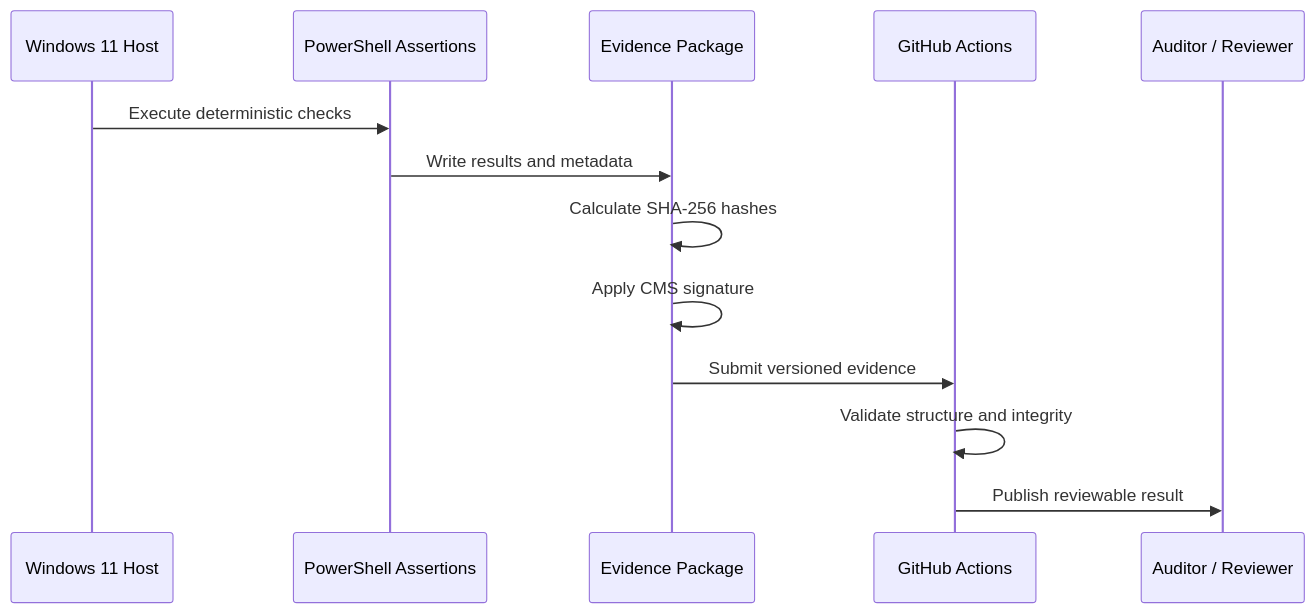
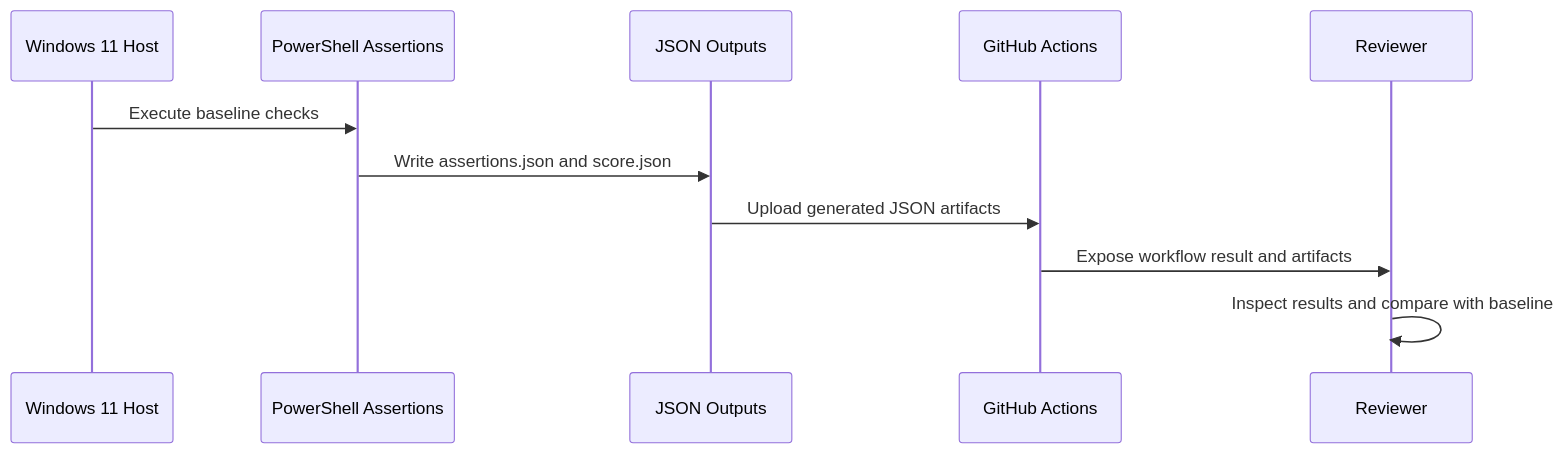
The second of 3 diagrams in README.md (AndresMaqueo/maqueosystem-security-docs), drawn with Mermaid before and after one commit. The commit also changed other lines of this file, not shown here.

````diff
--- a/README.md
+++ b/README.md
@@ -143,16 +144,14 @@
 ```mermaid
 sequenceDiagram
     participant Host as Windows 11 Host
     participant Script as PowerShell Assertions
-    participant Evidence as Evidence Package
+    participant Output as JSON Outputs
     participant CI as GitHub Actions
-    participant Reviewer as Auditor / Reviewer
+    participant Reviewer as Reviewer
 
-    Host->>Script: Execute deterministic checks
-    Script->>Evidence: Write results and metadata
-    Evidence->>Evidence: Calculate SHA-256 hashes
-    Evidence->>Evidence: Apply CMS signature
-    Evidence->>CI: Submit versioned evidence
-    CI->>CI: Validate structure and integrity
-    CI->>Reviewer: Publish reviewable result
+    Host->>Script: Execute baseline checks
+    Script->>Output: Write assertions.json and score.json
+    Output->>CI: Upload generated JSON artifacts
+    CI->>Reviewer: Expose workflow result and artifacts
+    Reviewer->>Reviewer: Inspect results and compare with baseline
 ```
````
